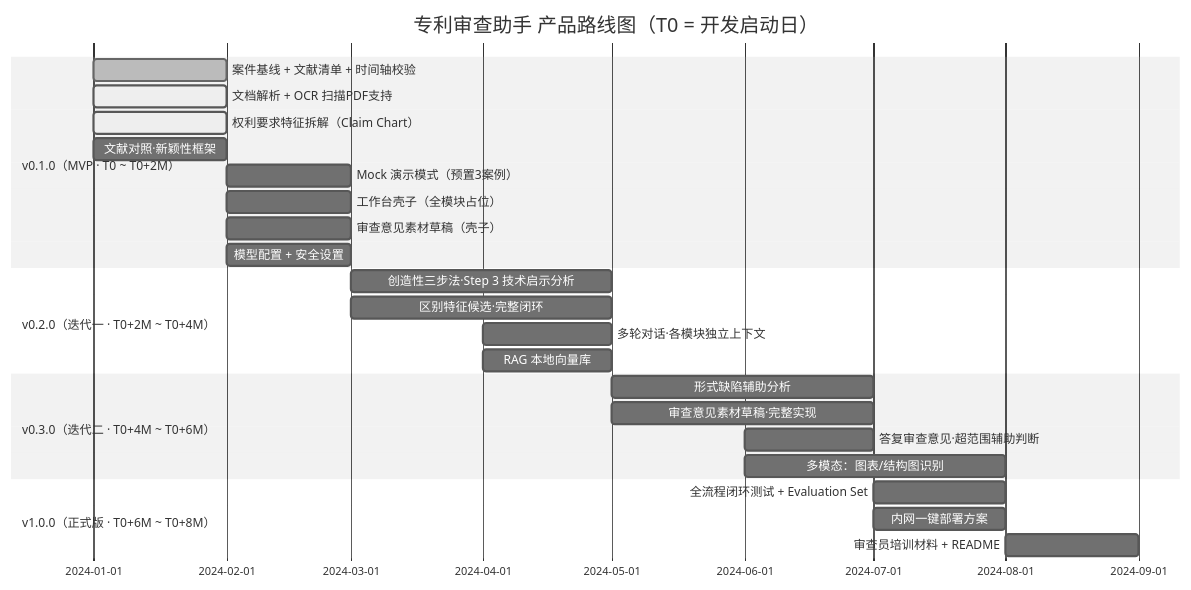
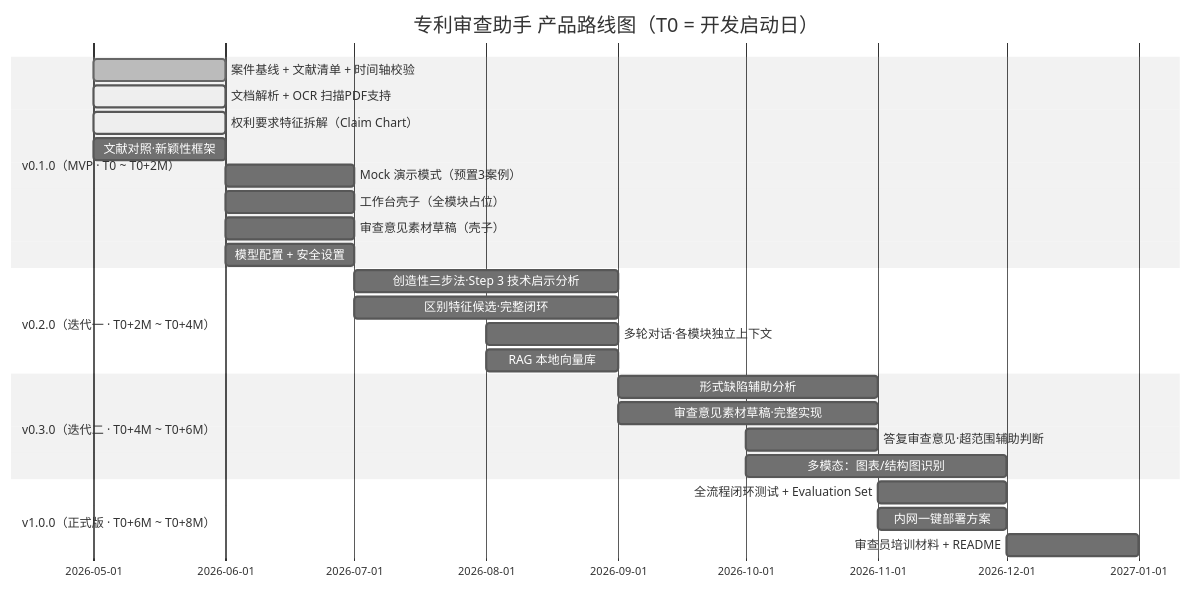
Before and after one commit to wukun2005-gif/patentExaminator: the fifth of 5 diagrams in PRD-v0.1.0.md, drawn with Mermaid (neutral theme). The commit also changed other lines of this file and 1 other file, not shown here.

````diff
--- a/PRD-v0.1.0.md
+++ b/PRD-v0.1.0.md
@@ -439,28 +466,28 @@
 ```mermaid
 gantt
     title 专利审查助手 产品路线图（T0 = 开发启动日）
     dateFormat  YYYY-MM
     section v0.1.0（MVP · T0 ~ T0+2M）
-    案件基线 + 文献清单 + 时间轴校验    :done,    2024-01, 1M
-    文档解析 + OCR 扫描PDF支持          :active,  2024-01, 1M
-    权利要求特征拆解（Claim Chart）      :active,  2024-01, 1M
-    文献对照·新颖性框架                  :         2024-01, 1M
-    Mock 演示模式（预置3案例）            :         2024-02, 1M
-    工作台壳子（全模块占位）              :         2024-02, 1M
-    审查意见素材草稿（壳子）              :         2024-02, 1M
-    模型配置 + 安全设置                  :         2024-02, 1M
+    案件基线 + 文献清单 + 时间轴校验    :done,    2026-05, 1M
+    文档解析 + OCR 扫描PDF支持          :active,  2026-05, 1M
+    权利要求特征拆解（Claim Chart）      :active,  2026-05, 1M
+    文献对照·新颖性框架                  :         2026-05, 1M
+    Mock 演示模式（预置3案例）            :         2026-06, 1M
+    工作台壳子（全模块占位）              :         2026-06, 1M
+    审查意见素材草稿（壳子）              :         2026-06, 1M
+    模型配置 + 安全设置                  :         2026-06, 1M
     section v0.2.0（迭代一 · T0+2M ~ T0+4M）
-    创造性三步法·Step 3 技术启示分析     :         2024-03, 2M
-    区别特征候选·完整闭环                :         2024-03, 2M
-    多轮对话·各模块独立上下文            :         2024-04, 1M
-    RAG 本地向量库                       :         2024-04, 1M
+    创造性三步法·Step 3 技术启示分析     :         2026-07, 2M
+    区别特征候选·完整闭环                :         2026-07, 2M
+    多轮对话·各模块独立上下文            :         2026-08, 1M
+    RAG 本地向量库                       :         2026-08, 1M
     section v0.3.0（迭代二 · T0+4M ~ T0+6M）
-    形式缺陷辅助分析                     :         2024-05, 2M
-    审查意见素材草稿·完整实现            :         2024-05, 2M
-    答复审查意见·超范围辅助判断          :         2024-06, 1M
-    多模态：图表/结构图识别              :         2024-06, 2M
+    形式缺陷辅助分析                     :         2026-09, 2M
+    审查意见素材草稿·完整实现            :         2026-09, 2M
+    答复审查意见·超范围辅助判断          :         2026-10, 1M
+    多模态：图表/结构图识别              :         2026-10, 2M
     section v1.0.0（正式版 · T0+6M ~ T0+8M）
-    全流程闭环测试 + Evaluation Set      :         2024-07, 1M
-    内网一键部署方案                     :         2024-07, 1M
-    审查员培训材料 + README              :         2024-08, 1M
+    全流程闭环测试 + Evaluation Set      :         2026-11, 1M
+    内网一键部署方案                     :         2026-11, 1M
+    审查员培训材料 + README              :         2026-12, 1M
 ```
````
